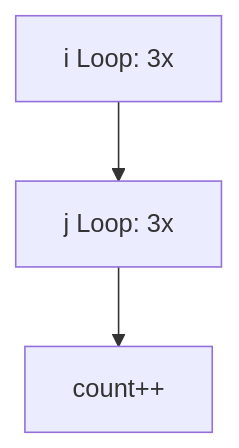
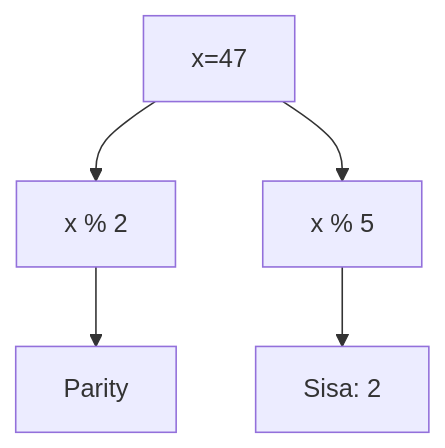
Before and after one commit to amnahwaida/OSNK_INF_PREP: the fifth of 25 diagrams in part-c-pemahaman-cpp/03-perulangan/latihan/set-01.md, drawn with Mermaid. The commit also changed other lines of this file and 71 other files, not shown here.

````diff
--- a/part-c-pemahaman-cpp/03-perulangan/latihan/set-01.md
+++ b/part-c-pemahaman-cpp/03-perulangan/latihan/set-01.md
@@ -152,5 +141,7 @@
 ```mermaid
 graph TD
-    A[i Loop: 3x] --> B[j Loop: 3x]
-    B --> C[count++]
+A[x=47] --> B[x % 2]
+B --> C[Parity]
+A --> D[x % 5]
+D --> E[Sisa: 2]
 ```
````
